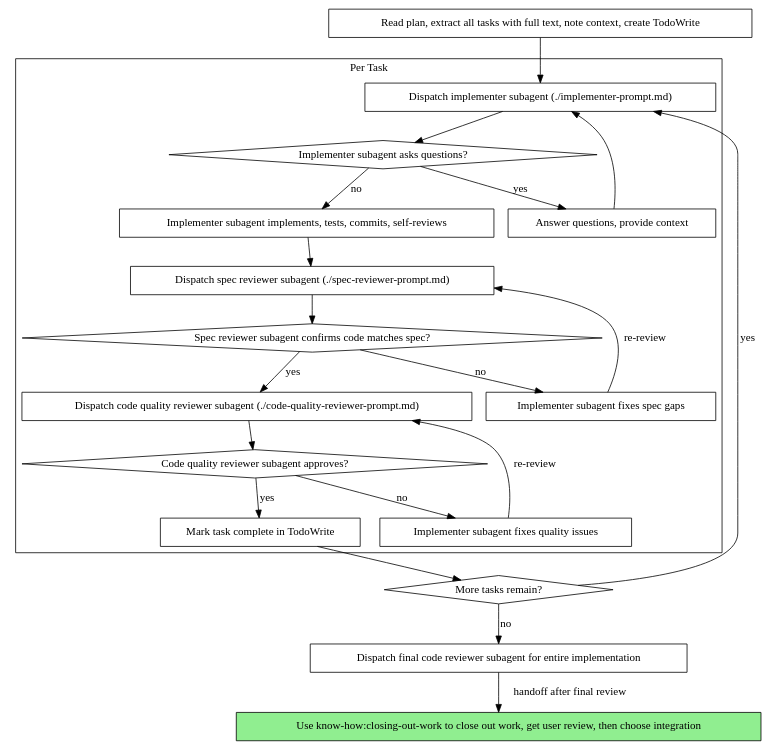
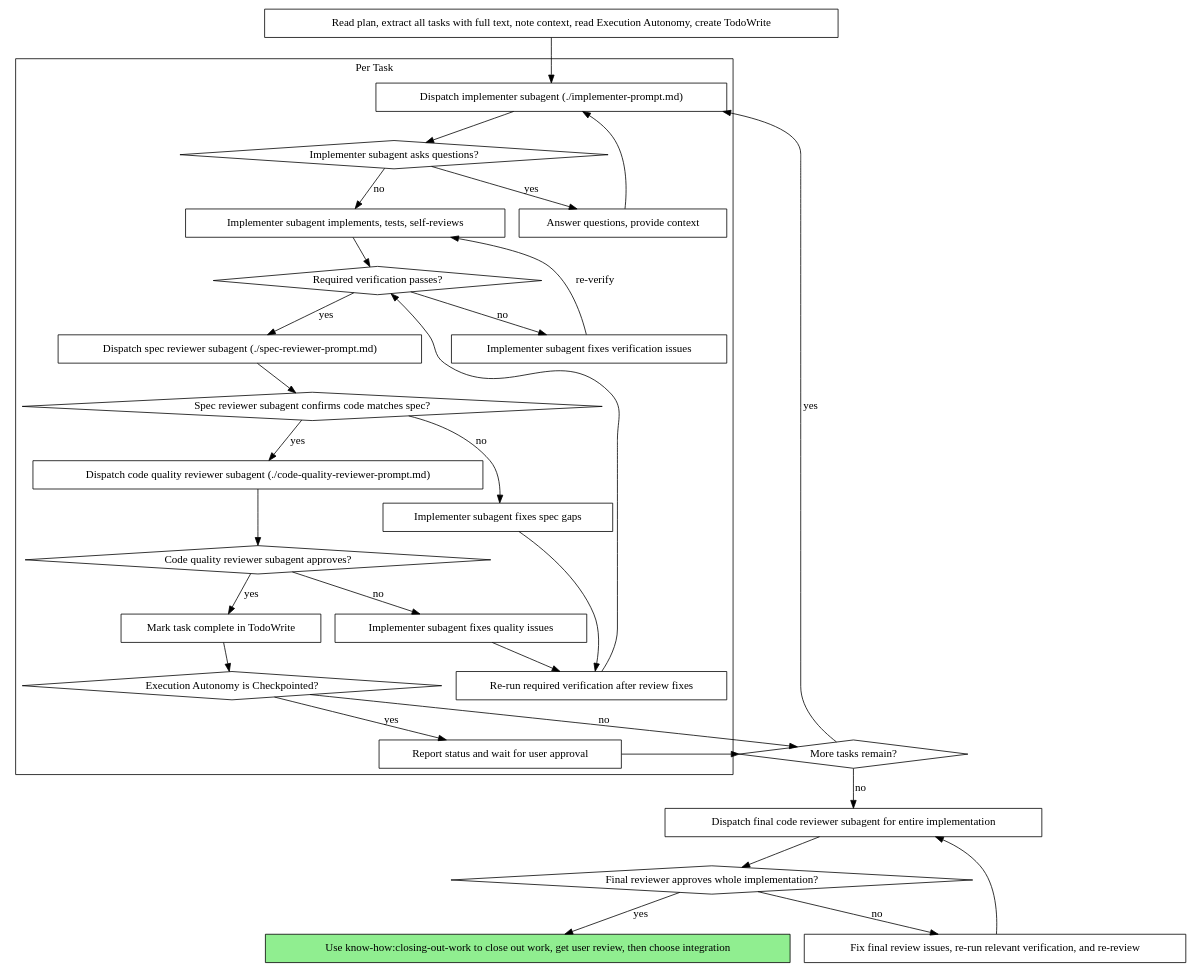
Before and after one commit to clashmar/know-how: the second of 2 diagrams in skills/subagent-driven-development/SKILL.md, drawn with Graphviz. The commit also changed other lines of this file and 2 other files, not shown here.

Commit message:
feat: bake in autonomy mode

````diff
--- a/skills/subagent-driven-development/SKILL.md
+++ b/skills/subagent-driven-development/SKILL.md
@@ -42,44 +42,61 @@
 ```dot
 digraph process {
     rankdir=TB;
 
     subgraph cluster_per_task {
         label="Per Task";
         "Dispatch implementer subagent (./implementer-prompt.md)" [shape=box];
         "Implementer subagent asks questions?" [shape=diamond];
         "Answer questions, provide context" [shape=box];
-        "Implementer subagent implements, tests, commits, self-reviews" [shape=box];
+        "Implementer subagent implements, tests, self-reviews" [shape=box];
+        "Required verification passes?" [shape=diamond];
+        "Implementer subagent fixes verification issues" [shape=box];
         "Dispatch spec reviewer subagent (./spec-reviewer-prompt.md)" [shape=box];
         "Spec reviewer subagent confirms code matches spec?" [shape=diamond];
         "Implementer subagent fixes spec gaps" [shape=box];
+        "Re-run required verification after review fixes" [shape=box];
         "Dispatch code quality reviewer subagent (./code-quality-reviewer-prompt.md)" [shape=box];
         "Code quality reviewer subagent approves?" [shape=diamond];
         "Implementer subagent fixes quality issues" [shape=box];
         "Mark task complete in TodoWrite" [shape=box];
+        "Execution Autonomy is Checkpointed?" [shape=diamond];
+        "Report status and wait for user approval" [shape=box];
     }
 
-    "Read plan, extract all tasks with full text, note context, create TodoWrite" [shape=box];
+    "Read plan, extract all tasks with full text, note context, read Execution Autonomy, create TodoWrite" [shape=box];
     "More tasks remain?" [shape=diamond];
     "Dispatch final code reviewer subagent for entire implementation" [shape=box];
+    "Final reviewer approves whole implementation?" [shape=diamond];
+    "Fix final review issues, re-run relevant verification, and re-review" [shape=box];
     "Use know-how:closing-out-work to close out work, get user review, then choose integration" [shape=box style=filled fillcolor=lightgreen];
 
-    "Read plan, extract all tasks with full text, note context, create TodoWrite" -> "Dispatch implementer subagent (./implementer-prompt.md)";
+    "Read plan, extract all tasks with full text, note context, read Execution Autonomy, create TodoWrite" -> "Dispatch implementer subagent (./implementer-prompt.md)";
     "Dispatch implementer subagent (./implementer-prompt.md)" -> "Implementer subagent asks questions?";
     "Implementer subagent asks questions?" -> "Answer questions, provide context" [label="yes"];
     "Answer questions, provide context" -> "Dispatch implementer subagent (./implementer-prompt.md)";
-    "Implementer subagent asks questions?" -> "Implementer subagent implements, tests, commits, self-reviews" [label="no"];
-    "Implementer subagent implements, tests, commits, self-reviews" -> "Dispatch spec reviewer subagent (./spec-reviewer-prompt.md)";
+    "Implementer subagent asks questions?" -> "Implementer subagent implements, tests, self-reviews" [label="no"];
+    "Implementer subagent implements, tests, self-reviews" -> "Required verification passes?";
+    "Required verification passes?" -> "Implementer subagent fixes verification issues" [label="no"];
+    "Implementer subagent fixes verification issues" -> "Implementer subagent implements, tests, self-reviews" [label="re-verify"];
+    "Required verification passes?" -> "Dispatch spec reviewer subagent (./spec-reviewer-prompt.md)" [label="yes"];
     "Dispatch spec reviewer subagent (./spec-reviewer-prompt.md)" -> "Spec reviewer subagent confirms code matches spec?";
     "Spec reviewer subagent confirms code matches spec?" -> "Implementer subagent fixes spec gaps" [label="no"];
-    "Implementer subagent fixes spec gaps" -> "Dispatch spec reviewer subagent (./spec-reviewer-prompt.md)" [label="re-review"];
+    "Implementer subagent fixes spec gaps" -> "Re-run required verification after review fixes";
+    "Re-run required verification after review fixes" -> "Required verification passes?";
     "Spec reviewer subagent confirms code matches spec?" -> "Dispatch code quality reviewer subagent (./code-quality-reviewer-prompt.md)" [label="yes"];
     "Dispatch code quality reviewer subagent (./code-quality-reviewer-prompt.md)" -> "Code quality reviewer subagent approves?";
     "Code quality reviewer subagent approves?" -> "Implementer subagent fixes quality issues" [label="no"];
-    "Implementer subagent fixes quality issues" -> "Dispatch code quality reviewer subagent (./code-quality-reviewer-prompt.md)" [label="re-review"];
+    "Implementer subagent fixes quality issues" -> "Re-run required verification after review fixes";
     "Code quality reviewer subagent approves?" -> "Mark task complete in TodoWrite" [label="yes"];
-    "Mark task complete in TodoWrite" -> "More tasks remain?";
+    "Mark task complete in TodoWrite" -> "Execution Autonomy is Checkpointed?";
+    "Execution Autonomy is Checkpointed?" -> "Report status and wait for user approval" [label="yes"];
+    "Execution Autonomy is Checkpointed?" -> "More tasks remain?" [label="no"];
+    "Report status and wait for user approval" -> "More tasks remain?";
     "More tasks remain?" -> "Dispatch implementer subagent (./implementer-prompt.md)" [label="yes"];
     "More tasks remain?" -> "Dispatch final code reviewer subagent for entire implementation" [label="no"];
-    "Dispatch final code reviewer subagent for entire implementation" -> "Use know-how:closing-out-work to close out work, get user review, then choose integration" [label="handoff after final review"];
+    "Dispatch final code reviewer subagent for entire implementation" -> "Final reviewer approves whole implementation?";
+    "Final reviewer approves whole implementation?" -> "Use know-how:closing-out-work to close out work, get user review, then choose integration" [label="yes"];
+    "Final reviewer approves whole implementation?" -> "Fix final review issues, re-run relevant verification, and re-review" [label="no"];
+    "Fix final review issues, re-run relevant verification, and re-review" -> "Dispatch final code reviewer subagent for entire implementation";
 }
 ```
````
